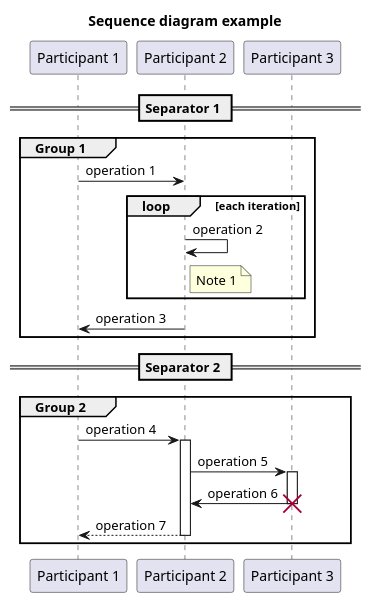
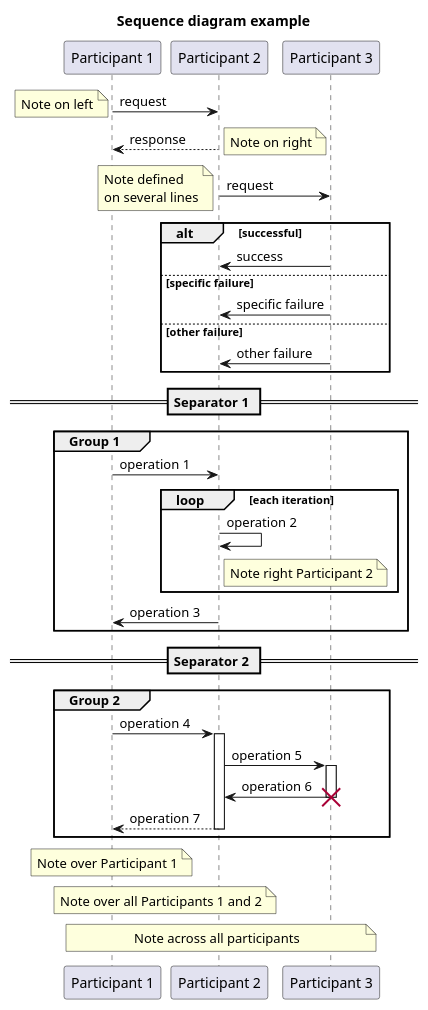
Before and after one commit to hugorbarbosa/cpp-design-patterns: the diagram in uml/assets/sequence.puml, drawn with PlantUML. The commit also changed 13 other files, not shown here.

First line of the commit message:
Improve UML basics documentation

```diff
--- a/uml/assets/sequence.puml
+++ b/uml/assets/sequence.puml
@@ -1,40 +1,67 @@
 @startuml sequence
 
 ' Title
 title Sequence diagram example
 
 ' Participants
 participant "Participant 1" as participant1
 participant "Participant 2" as participant2
 participant "Participant 3" as participant3
 
 ' Sequence
 
+participant1 -> participant2 : request
+note left: Note on left
+participant2 --> participant1 : response
+note right: Note on right
+
+participant2 -> participant3: request
+note left
+Note defined
+on several lines
+end note
+
+alt successful
+    participant3 -> participant2: success
+else specific failure
+    participant3 -> participant2: specific failure
+else other failure
+   participant3 -> participant2: other failure
+end
+
 == Separator 1 ==
 
 group Group 1
 participant1 -> participant2 : operation 1
 
 loop each iteration
     participant2 -> participant2: operation 2
     note right participant2
-        Note 1
+        Note right Participant 2
     end note
 end
 participant2 -> participant1 : operation 3
 end
 
 == Separator 2 ==
 
 group Group 2
 participant1 -> participant2 : operation 4
     activate participant2
     participant2 -> participant3: operation 5
     activate participant3
     participant3 -> participant2: operation 6
     destroy participant3
 participant2 --> participant1 : operation 7
 deactivate participant2
 end
 
+note over participant1: Note over Participant 1
+
+note over participant1, participant2
+    Note over all Participants 1 and 2
+end note
+
+note across: Note across all participants
+
 @enduml
```
